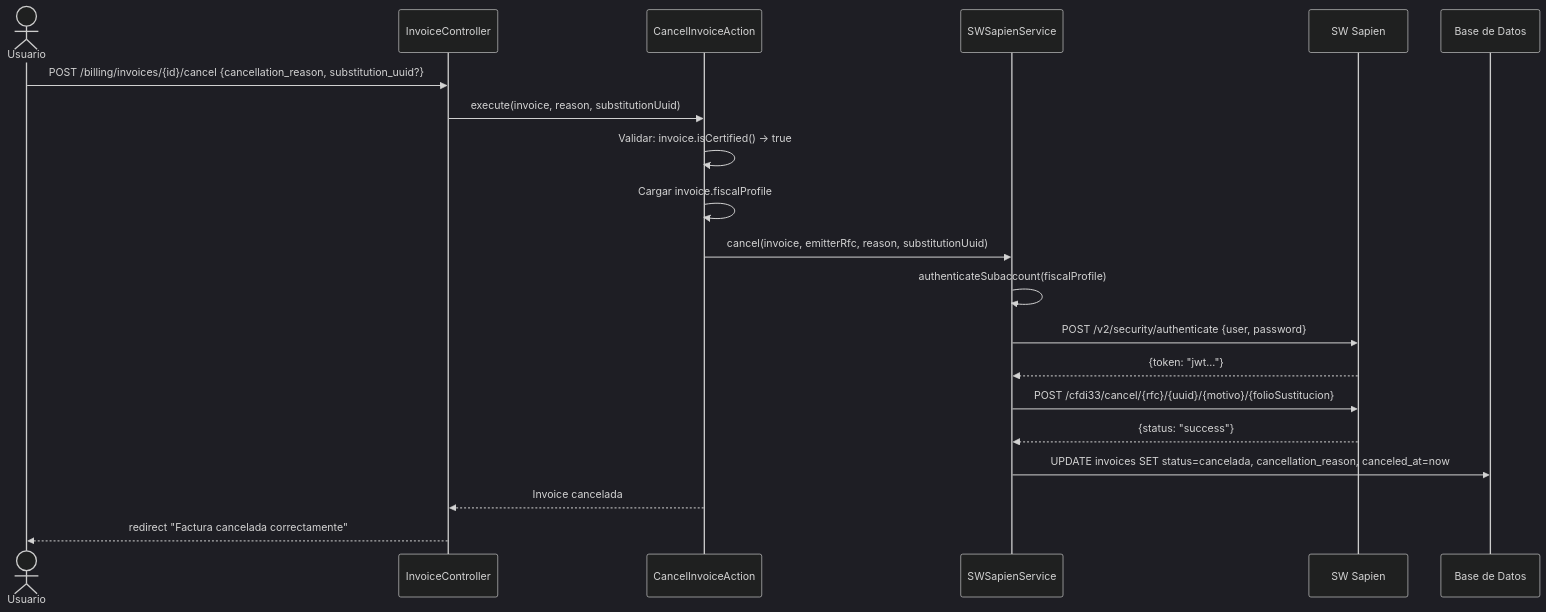
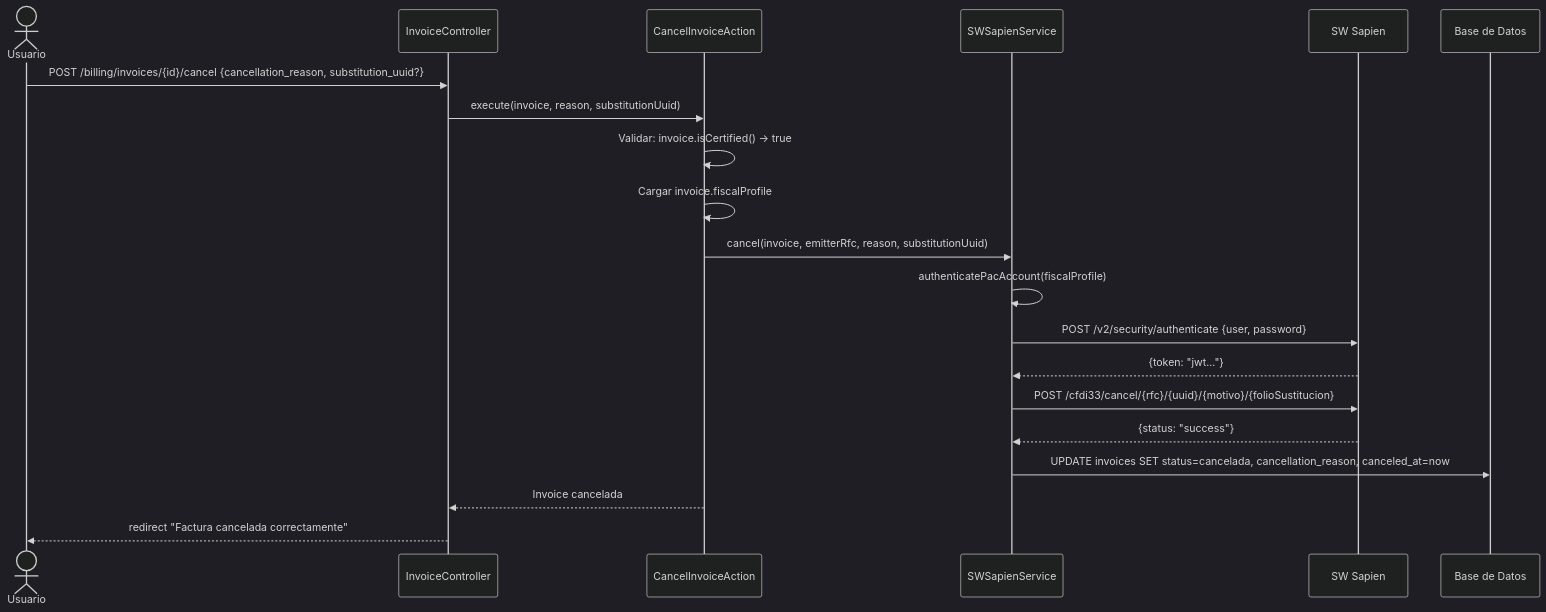
The fourth of 4 diagrams in docs/MODULO_FACTURACION.md (MiguelVazquezR/Ezyventas2), drawn with Mermaid (dark theme) before and after one commit. The commit also changed other lines of this file and 106 other files, not shown here.

````diff
--- a/docs/MODULO_FACTURACION.md
+++ b/docs/MODULO_FACTURACION.md
@@ -421,23 +561,23 @@
 ```mermaid
 sequenceDiagram
     actor Usuario
     participant Controller as InvoiceController
     participant Action as CancelInvoiceAction
     participant Service as SWSapienService
     participant PAC as SW Sapien
     participant DB as Base de Datos
 
     Usuario->>Controller: POST /billing/invoices/{id}/cancel {cancellation_reason, substitution_uuid?}
     Controller->>Action: execute(invoice, reason, substitutionUuid)
     Action->>Action: Validar: invoice.isCertified() → true
     Action->>Action: Cargar invoice.fiscalProfile
     Action->>Service: cancel(invoice, emitterRfc, reason, substitutionUuid)
-    Service->>Service: authenticateSubaccount(fiscalProfile)
+    Service->>Service: authenticatePacAccount(fiscalProfile)
     Service->>PAC: POST /v2/security/authenticate {user, password}
     PAC-->>Service: {token: "jwt..."}
     Service->>PAC: POST /cfdi33/cancel/{rfc}/{uuid}/{motivo}/{folioSustitucion}
     PAC-->>Service: {status: "success"}
     Service->>DB: UPDATE invoices SET status=cancelada, cancellation_reason, canceled_at=now
     Action-->>Controller: Invoice cancelada
     Controller-->>Usuario: redirect "Factura cancelada correctamente"
 ```
````
